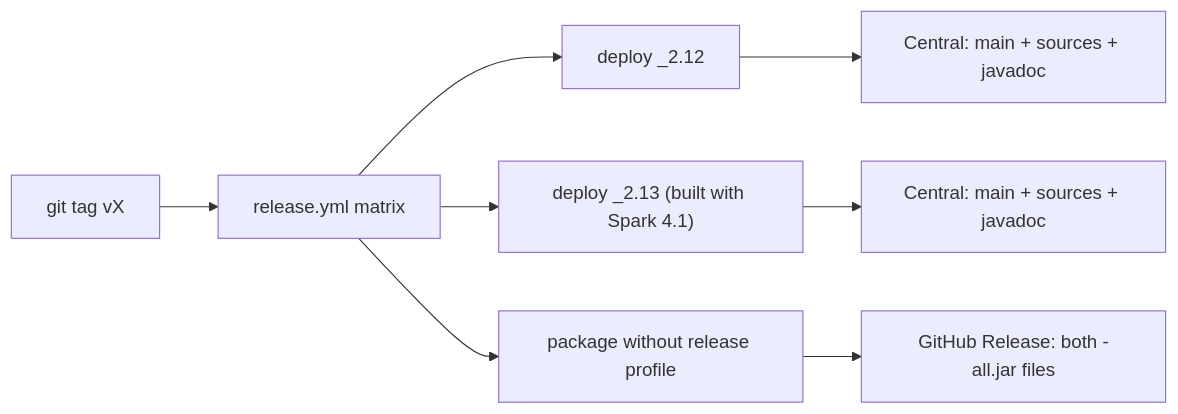
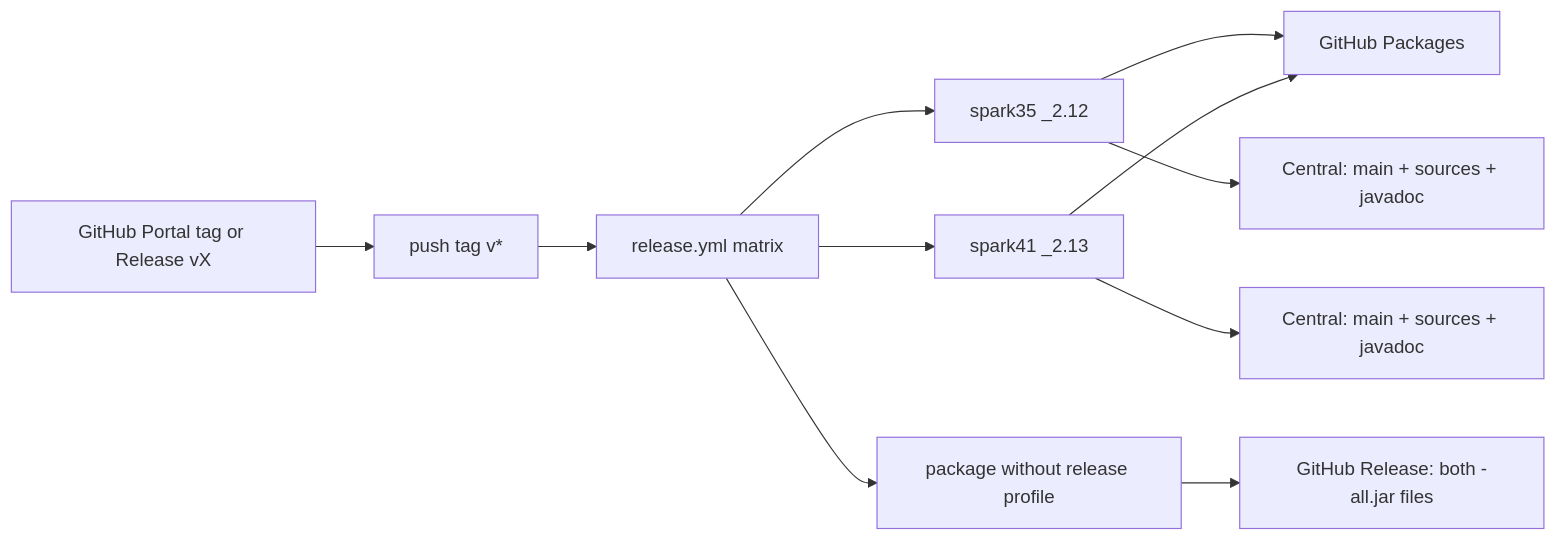
One commit to juarezr/spark-streaming-google-pubsub changed the first of 2 diagrams in docs/publishing-maven-central.md. Above: the diagram before and after it, drawn with Mermaid. The commit also changed other lines of this file and 2 other files, not shown here.

First line of the commit message:
feat: add GitHub Packages support to Maven publishing

````diff
--- a/docs/publishing-maven-central.md
+++ b/docs/publishing-maven-central.md
@@ -11,10 +15,13 @@
 ```mermaid
 flowchart LR
-  tag["git tag vX"] --> ga["release.yml matrix"]
-  ga --> s35["deploy _2.12"]
-  ga --> s41["deploy _2.13 (built with Spark 4.1)"]
+  portal["GitHub Portal tag or Release vX"] --> tagPush["push tag v*"]
+  tagPush --> ga["release.yml matrix"]
+  ga --> s35["spark35 _2.12"]
+  ga --> s41["spark41 _2.13"]
+  s35 --> ghPkg["GitHub Packages"]
+  s41 --> ghPkg
   s35 --> thin["Central: main + sources + javadoc"]
   s41 --> thin2["Central: main + sources + javadoc"]
   ga --> fatBuild["package without release profile"]
   fatBuild --> ghRel["GitHub Release: both -all.jar files"]
 ```
````
